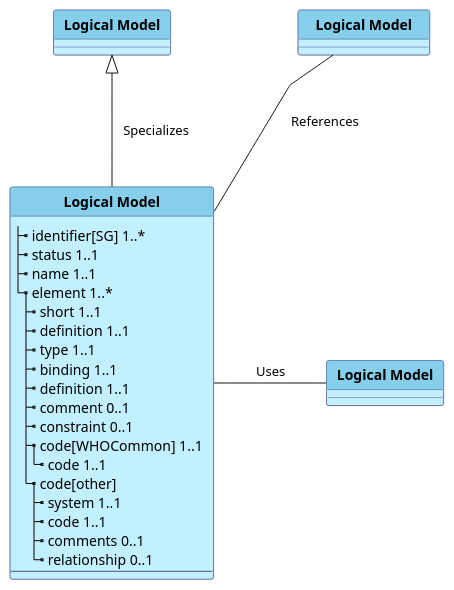
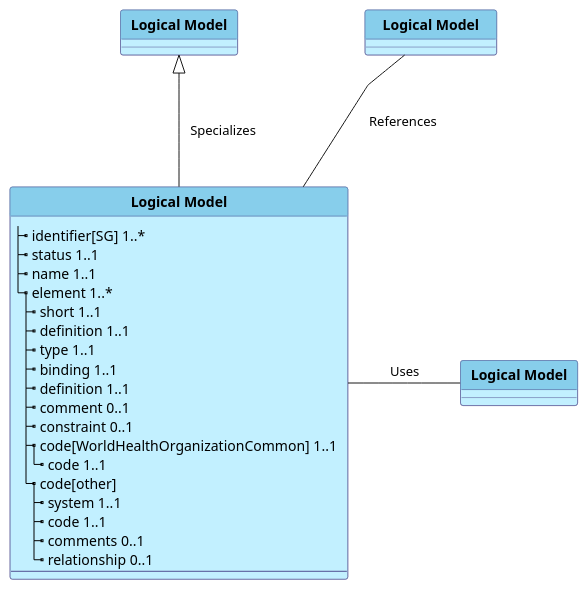
One commit to WorldHealthOrganization/smart-ig-starter-kit changed the diagram in input/images-source/model_logicalmodel.plantuml. Above: the diagram before and after it, drawn with PlantUML. The commit also changed 8 other files, not shown here.

```diff
--- a/input/images-source/model_logicalmodel.plantuml
+++ b/input/images-source/model_logicalmodel.plantuml
@@ -1,65 +1,65 @@
 @startuml
 'skinparam linetype ortho
 skinparam linetype polyline
 hide circle
 hide stereotype
 
 '!pragma layout smetana
 
 skinparam class<<MD>> {
  BorderColor DarkSlateGray
  BackgroundColor WhiteSmoke
  HeaderBackgroundColor #909090
 }
 
 skinparam class<<TM>> {
  BorderColor #505090
  BackgroundColor APPLICATION
  HeaderBackgroundColor SkyBlue
 }
 
     class "**  Logical Model  **" as LM<<TM>> {
         |_ identifier[SG] 1..*   
         |_ status 1..1
         |_ name 1..1
         |_ element 1..*
           |_ short 1..1
           |_ definition 1..1
           |_ type 1..1
           |_ binding 1..1
           |_ definition 1..1
           |_ comment 0..1
           |_ constraint 0..1
-          |_ code[WHOCommon] 1..1   
+          |_ code[WorldHealthOrganizationCommon] 1..1   
             |_ code 1..1
           |_ code[other]
             |_ system 1..1
             |_ code 1..1
             |_ comments 0..1
             |_ relationship 0..1
         --
     }
 
     class "**  Logical Model  **" as LMP<<TM>> {
     }
  
      class "**  Logical Model  **" as LMD<<TM>> {
     }
 
 
  class "**    Logical Model    **" as LMR<<TM>> {
     }
 
 LM -u-|> LMP : "\n\n   Specializes  \n " 
 LM -r- LMD : "       Uses       "
 
 LM -u- LMR : "References"
 
 
 LMP -r[hidden]-|> LMR : "                           "
 LMR -D[hidden]- LMD : "  "
 'LM -u- LMR : "                "
 
 
 
 @enduml
```
